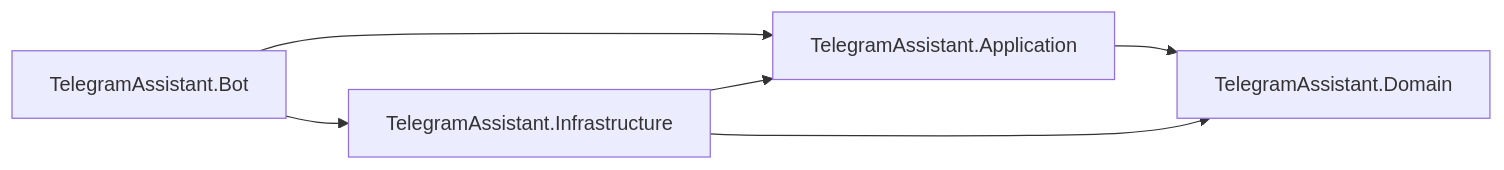
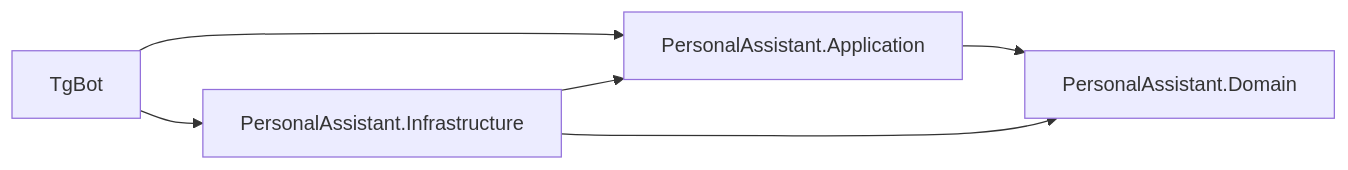
One commit to aamenkov/PersonalAssistant changed the diagram in ARCHITECTURE.md. Above: the diagram before and after it, drawn with Mermaid. The commit also changed other lines of this file and 30 other files, not shown here.

Commit message:
Rename solution to PersonalAssistant and bot to TgBot

````diff
--- a/ARCHITECTURE.md
+++ b/ARCHITECTURE.md
@@ -7,8 +7,8 @@
 ```mermaid
 flowchart LR
-    Bot[TelegramAssistant.Bot] --> Application[TelegramAssistant.Application]
-    Bot --> Infrastructure[TelegramAssistant.Infrastructure]
-    Application --> Domain[TelegramAssistant.Domain]
+    Bot[TgBot] --> Application[PersonalAssistant.Application]
+    Bot --> Infrastructure[PersonalAssistant.Infrastructure]
+    Application --> Domain[PersonalAssistant.Domain]
     Infrastructure --> Application
     Infrastructure --> Domain
 ```
````
